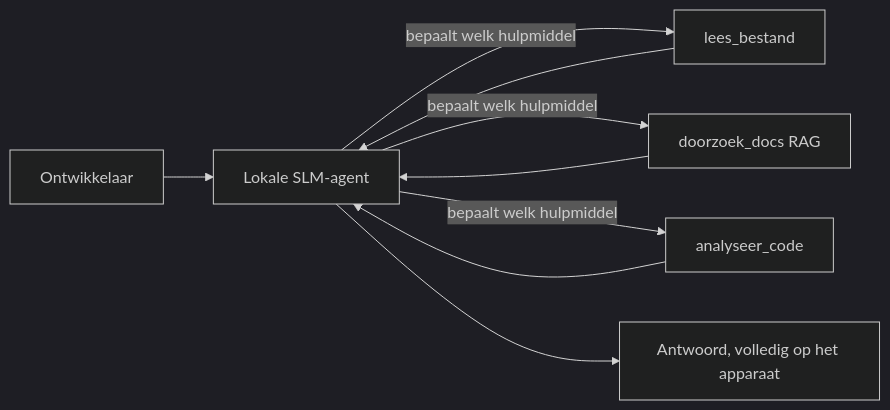
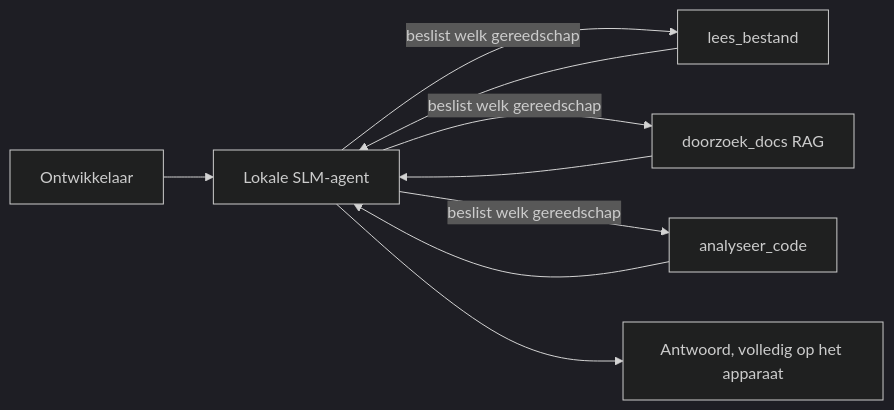
One commit to microsoft/ai-agents-for-beginners changed the first of 4 diagrams in translations/nl/17-creating-local-ai-agents/README.md. Above: the diagram before and after it, drawn with Mermaid (dark theme). The commit also changed other lines of this file and 47 other files, not shown here.

````diff
--- a/translations/nl/17-creating-local-ai-agents/README.md
+++ b/translations/nl/17-creating-local-ai-agents/README.md
@@ -66,11 +66,11 @@
 ```mermaid
 flowchart LR
     U[Ontwikkelaar] --> A[Lokale SLM-agent]
-    A -->|bepaalt welk hulpmiddel| T1[lees_bestand]
-    A -->|bepaalt welk hulpmiddel| T2[doorzoek_docs RAG]
-    A -->|bepaalt welk hulpmiddel| T3[analyseer_code]
+    A -->|beslist welk gereedschap| T1[lees_bestand]
+    A -->|beslist welk gereedschap| T2[doorzoek_docs RAG]
+    A -->|beslist welk gereedschap| T3[analyseer_code]
     T1 --> A
     T2 --> A
     T3 --> A
     A --> R[Antwoord, volledig op het apparaat]
 ```
````
